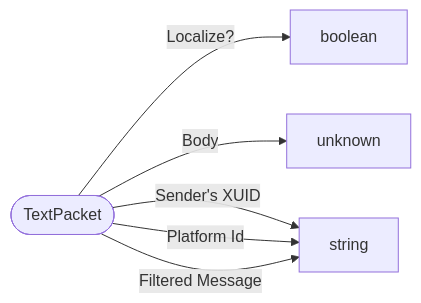
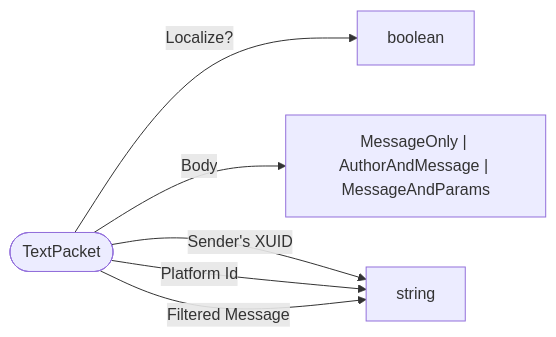
Before and after one commit to bedrock-v/protocol-docs: the diagram in schemas/packets/TextPacket.md, drawn with Mermaid. The commit also changed 114 other files, not shown here.

````diff
--- a/schemas/packets/TextPacket.md
+++ b/schemas/packets/TextPacket.md
@@ -7,9 +7,9 @@
 ```mermaid
 flowchart LR
   ROOT(["TextPacket"])
   ROOT -->|"Localize?"| boolean["boolean"]
-  ROOT -->|"Body"| unknown["unknown"]
+  ROOT -->|"Body"| MessageOnly___AuthorAndMessage___MessageAndParams["MessageOnly | AuthorAndMessage | MessageAndParams"]
   ROOT -->|"Sender's XUID"| string["string"]
   ROOT -->|"Platform Id"| string["string"]
   ROOT -->|"Filtered Message"| string["string"]
 ```
````
